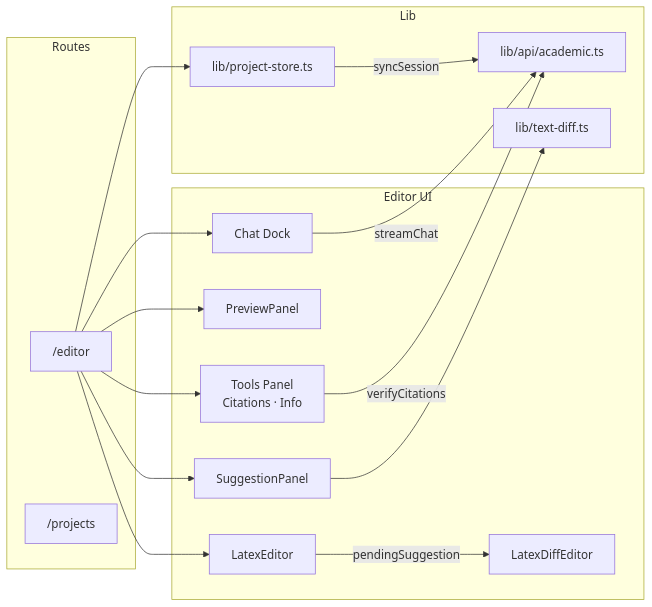
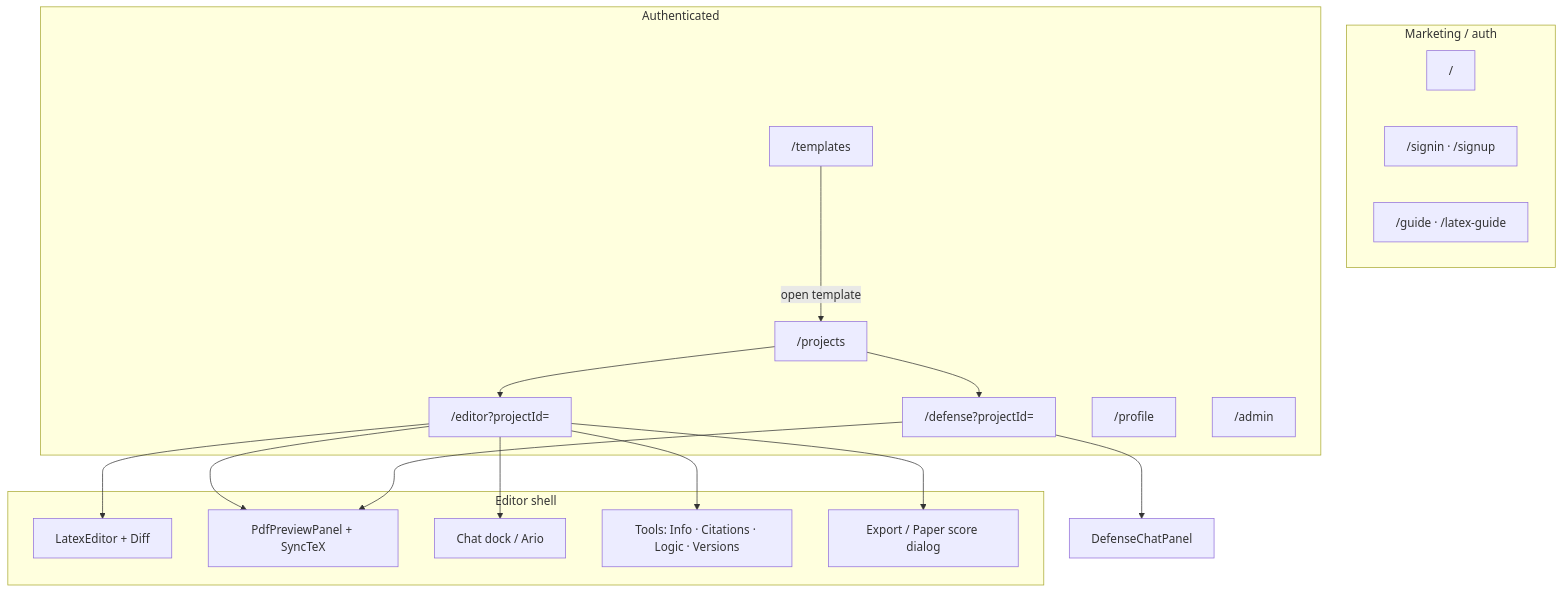
Before and after one commit to Tai-TZ/arionear-ai-paper-editor: the third of 11 diagrams in docs/architecture_diagram.md, drawn with Mermaid. The commit also changed other lines of this file and 5 other files, not shown here.

First line of the commit message:
docs: sync Phase 2 deliverables and fix cross-tab auth session

````diff
--- a/docs/architecture_diagram.md
+++ b/docs/architecture_diagram.md
@@ -102,31 +116,30 @@
 ```mermaid
-flowchart LR
-    subgraph Routes
-        ED["/editor"]
-        PR["/projects"]
+flowchart TB
+    subgraph Public["Marketing / auth"]
+        HOME["/"]
+        SIGN["/signin · /signup"]
+        GUIDE["/guide · /latex-guide"]
     end
 
-    subgraph EditorUI["Editor UI"]
-        LE[LatexEditor]
-        LD[LatexDiffEditor]
-        PP[PreviewPanel]
-        SP[SuggestionPanel]
-        CD[Chat Dock]
-        TP[Tools Panel<br/>Citations · Info]
+    subgraph Workspace["Authenticated"]
+        PRJ["/projects"]
+        ED["/editor?projectId="]
+        DEF["/defense?projectId="]
+        TPL["/templates"]
+        PROF["/profile"]
+        ADM["/admin"]
     end
 
-    subgraph Lib
-        API[lib/api/academic.ts]
-        DIFF[lib/text-diff.ts]
-        PS[lib/project-store.ts]
+    subgraph EditorUI["Editor shell"]
+        LE[LatexEditor + Diff]
+        PP[PdfPreviewPanel + SyncTeX]
+        CD[Chat dock / Ario]
+        TP[Tools: Info · Citations · Logic · Versions]
+        EXP[Export / Paper score dialog]
     end
 
-    ED --> LE & PP & CD & TP
-    LE -->|pendingSuggestion| LD
-    ED --> SP
-    CD -->|streamChat| API
-    TP -->|verifyCitations| API
-    SP --> DIFF
-    ED --> PS
-    PS -->|syncSession| API
+    PRJ --> ED & DEF
+    TPL -->|open template| PRJ
+    ED --> LE & PP & CD & TP & EXP
+    DEF --> DEFCHAT[DefenseChatPanel] & PP
 ```
````
